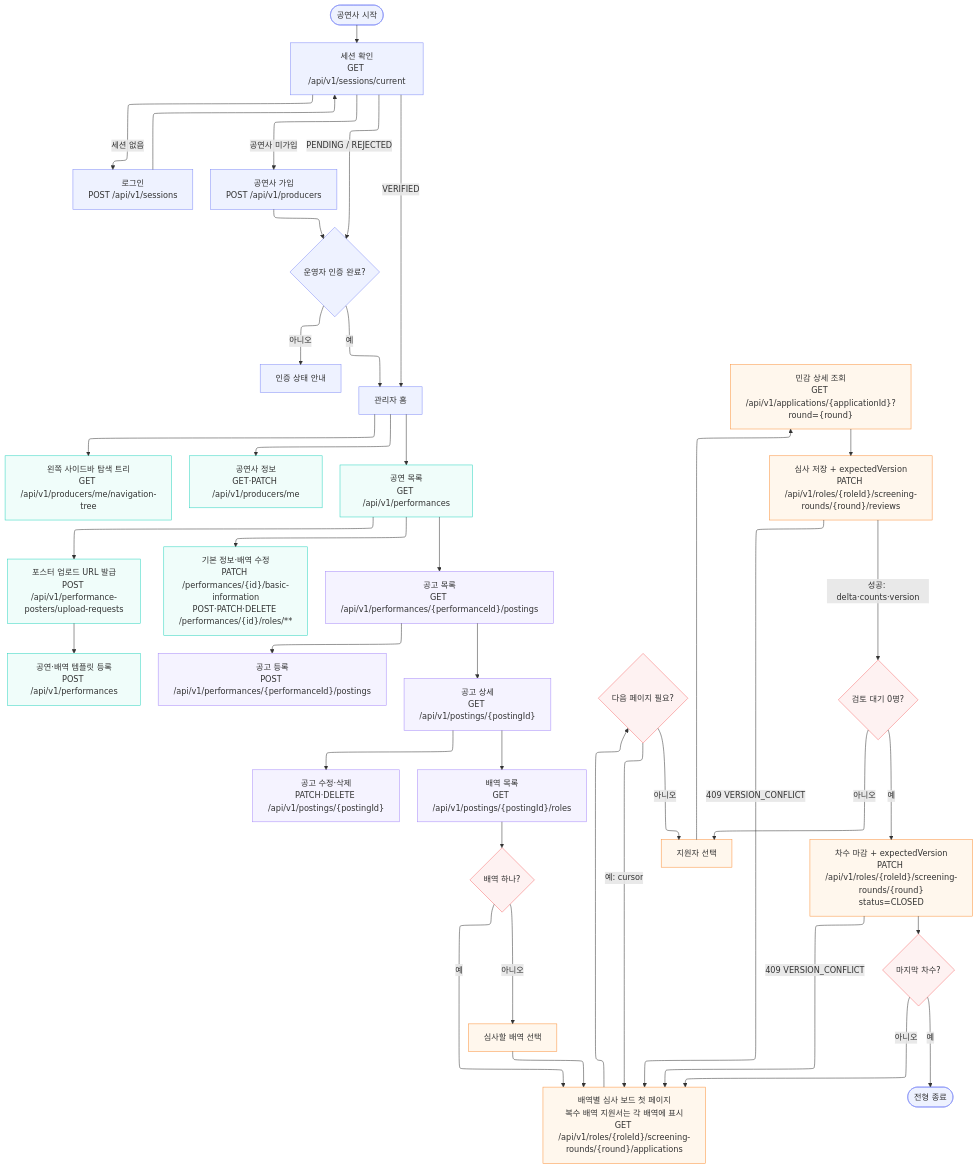
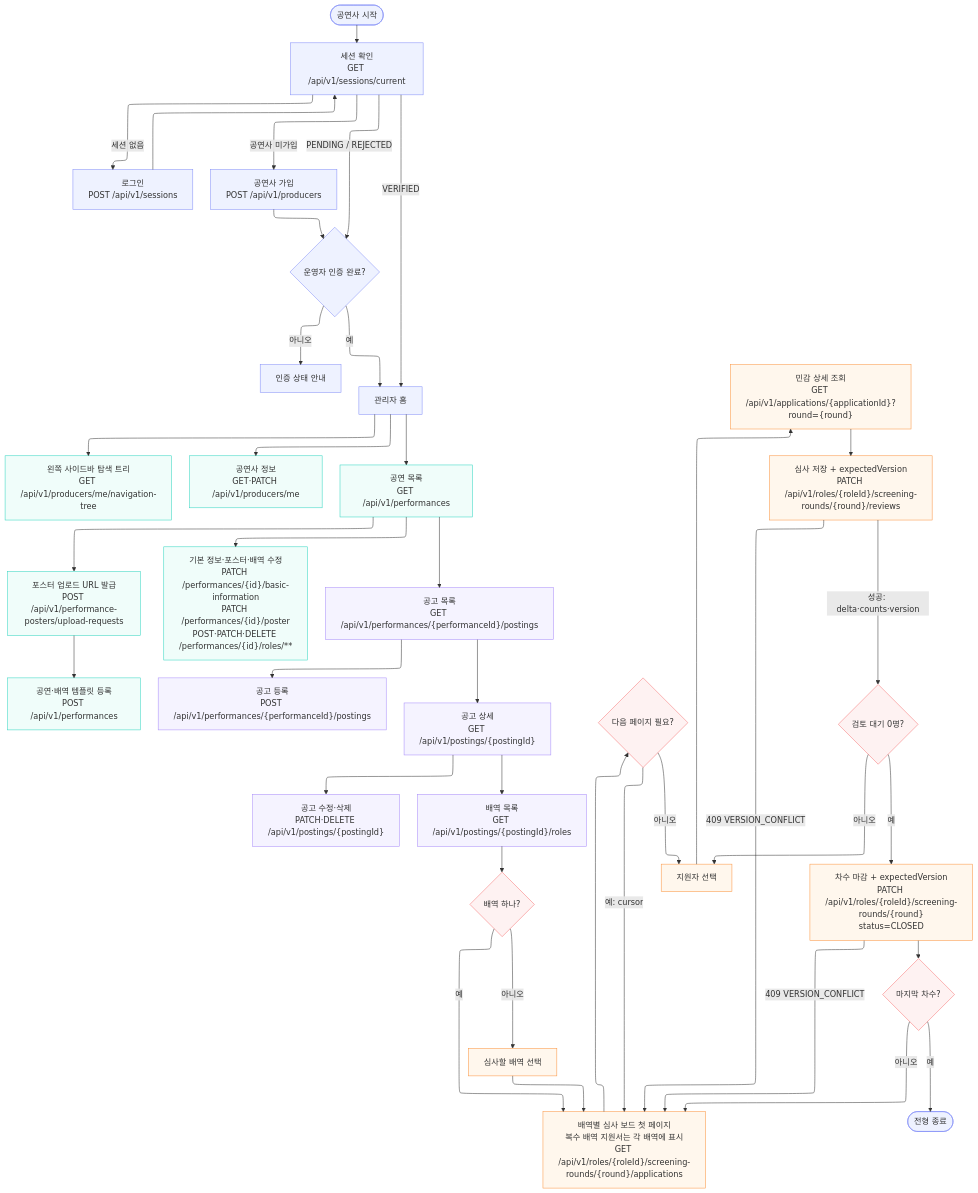
The diagram in docs/flowchart/producer.mmd (woowacourse-teams/2026-yesulin), drawn with Mermaid before and after one commit. The commit also changed 17 other files, not shown here.

```diff
--- a/docs/flowchart/producer.mmd
+++ b/docs/flowchart/producer.mmd
@@ -1,71 +1,71 @@
 ---
 config:
   layout: elk
 ---
 flowchart TB
     START(["공연사 시작"]) --> SESSION["세션 확인<br>GET /api/v1/sessions/current"]
     SESSION -- 세션 없음 --> LOGIN["로그인<br>POST /api/v1/sessions"]
     LOGIN --> SESSION
     SESSION -- 공연사 미가입 --> SIGNUP["공연사 가입<br>POST /api/v1/producers"]
     SIGNUP --> VERIFY{"운영자 인증 완료?"}
     SESSION -- PENDING / REJECTED --> VERIFY
     VERIFY -- 아니오 --> WAIT["인증 상태 안내"]
     VERIFY -- 예 --> HOME["관리자 홈"]
     SESSION -- VERIFIED --> HOME
     HOME --> NAV["왼쪽 사이드바 탐색 트리<br>GET /api/v1/producers/me/navigation-tree"] & PROFILE["공연사 정보<br>GET·PATCH /api/v1/producers/me"] & PERF["공연 목록<br>GET /api/v1/performances"]
-    PERF --> NEW_PERF["포스터 업로드 URL 발급<br>POST /api/v1/performance-posters/upload-requests"] & EDIT_PERF["기본 정보·배역 수정<br>PATCH /performances/{id}/basic-information<br>POST·PATCH·DELETE /performances/{id}/roles/**"] & POSTINGS["공고 목록<br>GET /api/v1/performances/{performanceId}/postings"]
+    PERF --> NEW_PERF["포스터 업로드 URL 발급<br>POST /api/v1/performance-posters/upload-requests"] & EDIT_PERF["기본 정보·포스터·배역 수정<br>PATCH /performances/{id}/basic-information<br>PATCH /performances/{id}/poster<br>POST·PATCH·DELETE /performances/{id}/roles/**"] & POSTINGS["공고 목록<br>GET /api/v1/performances/{performanceId}/postings"]
     NEW_PERF --> CREATE_PERF["공연·배역 템플릿 등록<br>POST /api/v1/performances"]
     POSTINGS --> CREATE_POSTING["공고 등록<br>POST /api/v1/performances/{performanceId}/postings"] & POSTING_DETAIL["공고 상세<br>GET /api/v1/postings/{postingId}"]
     POSTING_DETAIL --> EDIT_POSTING["공고 수정·삭제<br>PATCH·DELETE /api/v1/postings/{postingId}"] & ROLES["배역 목록<br>GET /api/v1/postings/{postingId}/roles"]
     ROLES --> SOLE{"배역 하나?"}
     SOLE -- 예 --> BOARD["배역별 심사 보드 첫 페이지<br>복수 배역 지원서는 각 배역에 표시<br>GET /api/v1/roles/{roleId}/screening-rounds/{round}/applications"]
     SOLE -- 아니오 --> CHOOSE_ROLE["심사할 배역 선택"]
     CHOOSE_ROLE --> BOARD
     BOARD --> MORE{"다음 페이지 필요?"}
     MORE -- 예: cursor --> BOARD
     MORE -- 아니오 --> SELECT["지원자 선택"]
     SELECT --> APP_DETAIL["민감 상세 조회<br>GET /api/v1/applications/{applicationId}?round={round}"]
     APP_DETAIL --> REVIEW["심사 저장 + expectedVersion<br>PATCH /api/v1/roles/{roleId}/screening-rounds/{round}/reviews"]
     REVIEW -- 409 VERSION_CONFLICT --> BOARD
     REVIEW -- 성공: delta·counts·version --> DONE{"검토 대기 0명?"}
     DONE -- 아니오 --> SELECT
     DONE -- 예 --> CLOSE["차수 마감 + expectedVersion<br>PATCH /api/v1/roles/{roleId}/screening-rounds/{round}<br>status=CLOSED"]
     CLOSE -- 409 VERSION_CONFLICT --> BOARD
     CLOSE --> LAST{"마지막 차수?"}
     LAST -- 아니오 --> BOARD
     LAST -- 예 --> FINISH(["전형 종료"])
 
     START:::authNode
     SESSION:::authNode
     LOGIN:::authNode
     SIGNUP:::authNode
     VERIFY:::authNode
     WAIT:::authNode
     HOME:::authNode
     NAV:::perfNode
     PROFILE:::perfNode
     PERF:::perfNode
     NEW_PERF:::perfNode
     EDIT_PERF:::perfNode
     POSTINGS:::postingNode
     CREATE_PERF:::perfNode
     CREATE_POSTING:::postingNode
     POSTING_DETAIL:::postingNode
     EDIT_POSTING:::postingNode
     ROLES:::postingNode
     SOLE:::decisionNode
     BOARD:::screeningNode
     CHOOSE_ROLE:::screeningNode
     MORE:::decisionNode
     SELECT:::screeningNode
     APP_DETAIL:::screeningNode
     REVIEW:::screeningNode
     DONE:::decisionNode
     CLOSE:::screeningNode
     LAST:::decisionNode
     FINISH:::authNode
     classDef authNode stroke:#818cf8,fill:#eef2ff
     classDef perfNode stroke:#2dd4bf,fill:#f0fdfa
     classDef postingNode stroke:#a78bfa,fill:#f5f3ff
     classDef screeningNode stroke:#fb923c,fill:#fff7ed
     classDef decisionNode stroke:#f87171,fill:#fef2f2
```
